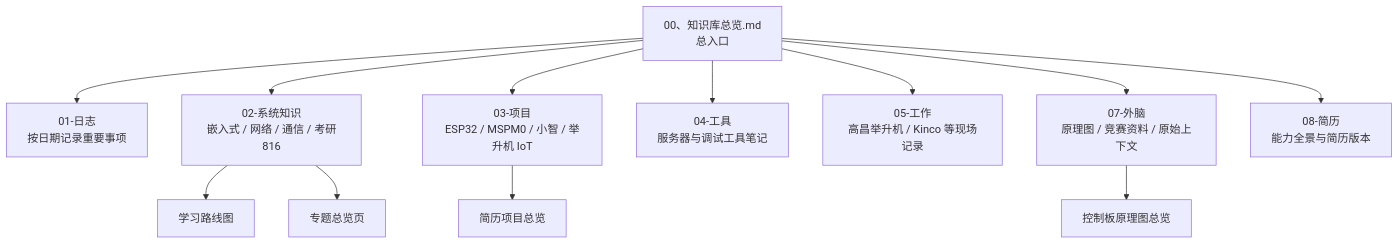
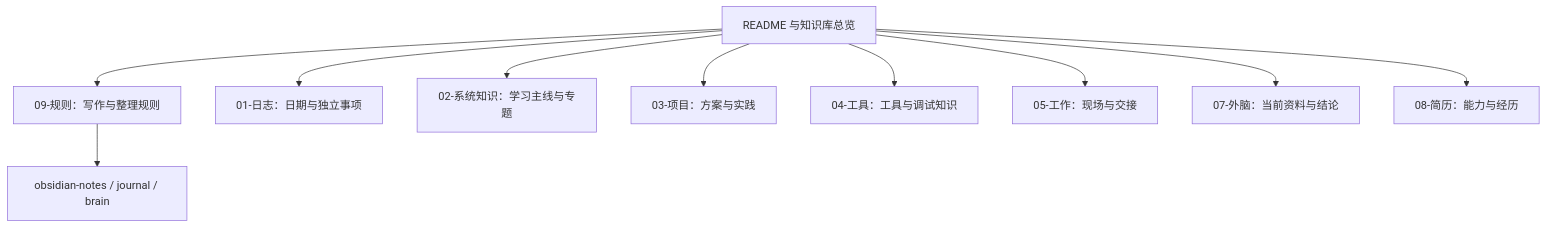
Before and after one commit to linxi27667/Obsidian_Knowledge_Vault: the diagram in README.md, drawn with Mermaid. The commit also changed other lines of this file and 16 other files, not shown here.

````diff
--- a/README.md
+++ b/README.md
@@ -9,17 +75,13 @@
 ```mermaid
 flowchart TB
-  ROOT["00、知识库总览.md\n总入口"]
-
-  ROOT --> L["01-日志\n按日期记录重要事项"]
-  ROOT --> S["02-系统知识\n嵌入式 / 网络 / 通信 / 考研816"]
-  ROOT --> P["03-项目\nESP32 / MSPM0 / 小智 / 举升机 IoT"]
-  ROOT --> T["04-工具\n服务器与调试工具笔记"]
-  ROOT --> W["05-工作\n高昌举升机 / Kinco 等现场记录"]
-  ROOT --> E["07-外脑\n原理图 / 竞赛资料 / 原始上下文"]
-  ROOT --> R["08-简历\n能力全景与简历版本"]
-
-  S --> S1["学习路线图"]
-  S --> S2["专题总览页"]
-  P --> P1["简历项目总览"]
-  E --> E1["控制板原理图总览"]
+  ROOT["README 与知识库总览"]
+  ROOT --> RULES["09-规则：写作与整理规则"]
+  ROOT --> L["01-日志：日期与独立事项"]
+  ROOT --> S["02-系统知识：学习主线与专题"]
+  ROOT --> P["03-项目：方案与实践"]
+  ROOT --> T["04-工具：工具与调试知识"]
+  ROOT --> W["05-工作：现场与交接"]
+  ROOT --> E["07-外脑：当前资料与结论"]
+  ROOT --> R["08-简历：能力与经历"]
+  RULES --> SKILLS["obsidian-notes / journal / brain"]
 ```
````
